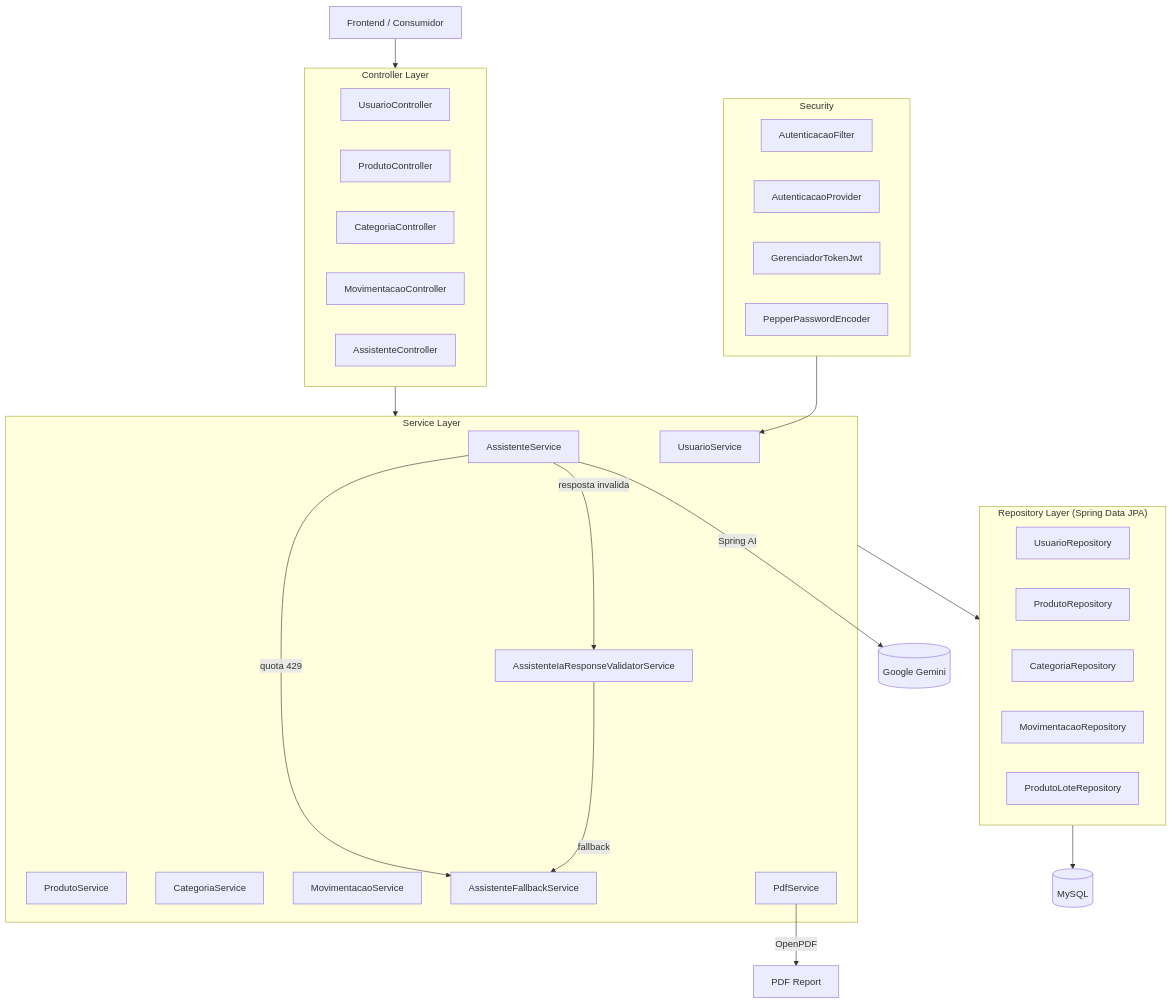
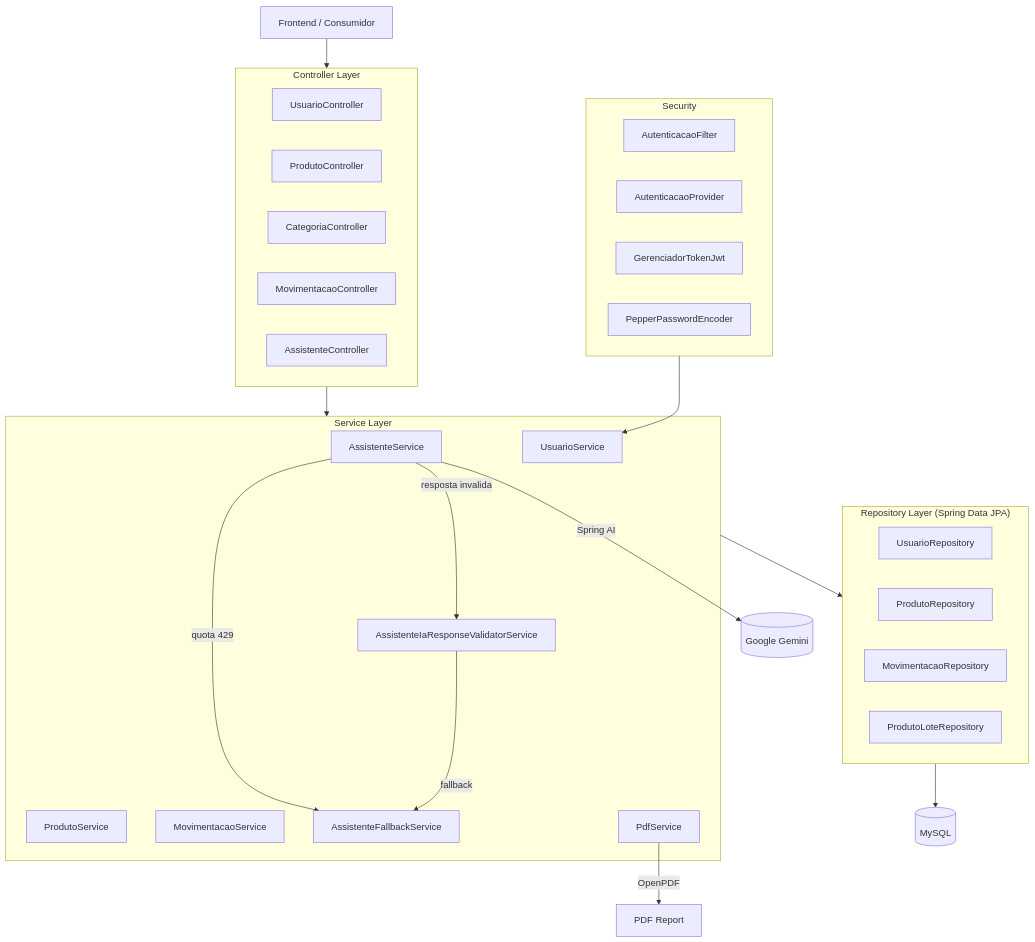
The diagram in README.md (projeto-ong-amar/projeto-ong-amar-backend), drawn with Mermaid before and after one commit. The commit also changed other lines of this file and 35 other files, not shown here.

````diff
--- a/README.md
+++ b/README.md
@@ -126,52 +127,50 @@
 ```mermaid
 graph TD
     Client["Frontend / Consumidor"] --> Controllers
 
     subgraph Controllers["Controller Layer"]
         UC["UsuarioController"]
         PC["ProdutoController"]
         CC["CategoriaController"]
         MC["MovimentacaoController"]
         AC["AssistenteController"]
     end
 
     Controllers --> Services
 
     subgraph Services["Service Layer"]
         US["UsuarioService"]
         PS["ProdutoService"]
-        CS["CategoriaService"]
         MS["MovimentacaoService"]
         AS["AssistenteService"]
         FS["AssistenteFallbackService"]
         VS["AssistenteIaResponseValidatorService"]
         PDS["PdfService"]
     end
 
     Services --> Repos
 
     subgraph Repos["Repository Layer (Spring Data JPA)"]
         UR["UsuarioRepository"]
         PR["ProdutoRepository"]
-        CR["CategoriaRepository"]
         MR["MovimentacaoRepository"]
         PLR["ProdutoLoteRepository"]
     end
 
     Repos --> DB[("MySQL")]
 
     AS -->|"Spring AI"| Gemini[("Google Gemini")]
     AS -->|"quota 429"| FS
     AS -->|"resposta invalida"| VS
     VS -->|"fallback"| FS
     PDS -->|"OpenPDF"| PDF["PDF Report"]
 
     subgraph Security["Security"]
         AF["AutenticacaoFilter"]
         AP["AutenticacaoProvider"]
         JT["GerenciadorTokenJwt"]
         PE["PepperPasswordEncoder"]
     end
 
     Security --> US
 ```
````
